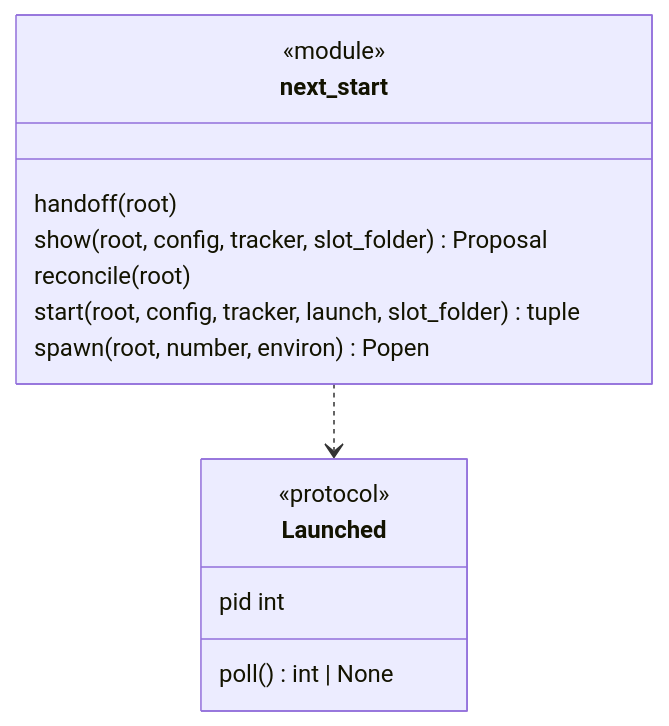
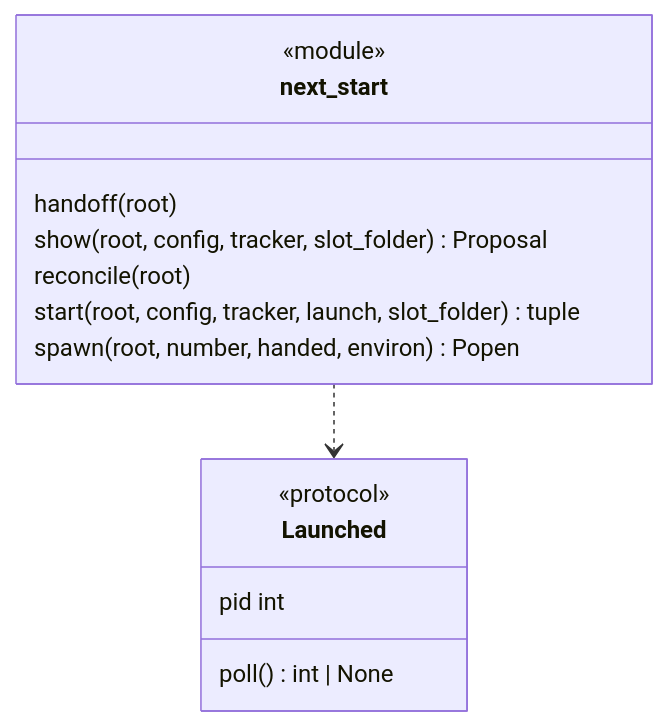
The second of 3 diagrams in docs/architecture/modules/next_start.md (plaplanche/ariane), drawn with Mermaid before and after one commit. The commit also changed other lines of this file and 13 other files, not shown here.

````diff
--- a/docs/architecture/modules/next_start.md
+++ b/docs/architecture/modules/next_start.md
@@ -45,17 +47,17 @@
 ```mermaid
 classDiagram
 class Launched {
   <<protocol>>
   pid int
   poll() int | None
 }
 class next_start {
   <<module>>
   handoff(root)
   show(root, config, tracker, slot_folder) Proposal
   reconcile(root)
   start(root, config, tracker, launch, slot_folder) tuple
-  spawn(root, number, environ) Popen
+  spawn(root, number, handed, environ) Popen
 }
 next_start ..> Launched
 ```
````
